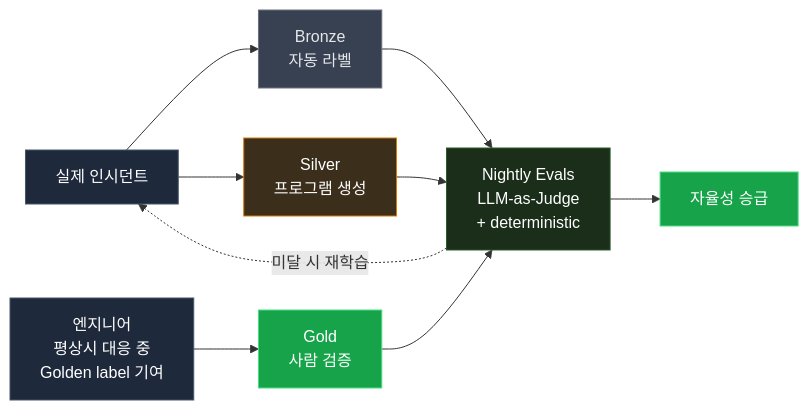
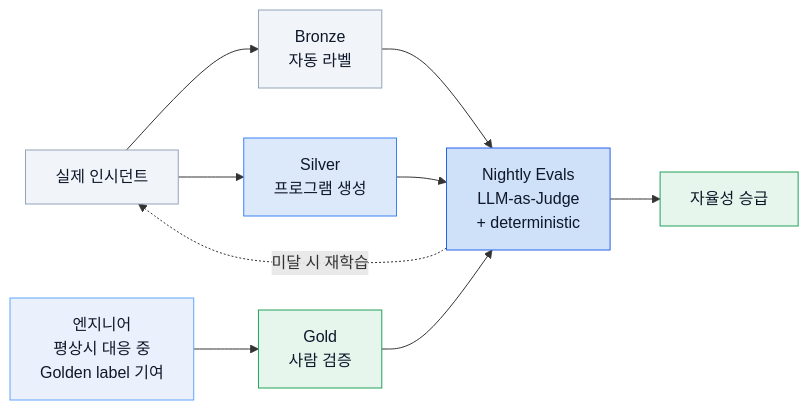
Before and after one commit to kimduksoo/duksoo-tech-blog: the second of 3 diagrams in content/ai/sre-ai-reliable-operations.md, drawn with Mermaid. The commit also changed other lines of this file, not shown here.

First line of the commit message:
fix: SRE 글 mermaid 색상 light 팔레트로 통일 + 볼드 렌더 수정

````diff
--- a/content/ai/sre-ai-reliable-operations.md
+++ b/content/ai/sre-ai-reliable-operations.md
@@ -73,19 +73,19 @@
 ```mermaid
 flowchart LR
     INC["실제 인시던트"] --> B["Bronze<br/>자동 라벨"]
     INC --> S["Silver<br/>프로그램 생성"]
     HUMAN["엔지니어<br/>평상시 대응 중<br/>Golden label 기여"] --> G["Gold<br/>사람 검증"]
     B --> EVAL
     S --> EVAL
     G --> EVAL["Nightly Evals<br/>LLM-as-Judge<br/>+ deterministic"]
     EVAL --> UP["자율성 승급"]
     EVAL -. "미달 시 재학습" .-> INC
 
-    style INC fill:#1e293b,stroke:#475569,color:#fff
-    style HUMAN fill:#1e293b,stroke:#475569,color:#fff
-    style B fill:#374151,stroke:#6b7280,color:#e5e7eb
-    style S fill:#3b2f1c,stroke:#d97706,color:#fff
-    style G fill:#16a34a,stroke:#4ade80,color:#fff
-    style EVAL fill:#1a2e1a,stroke:#2d5a2d,color:#fff
-    style UP fill:#16a34a,stroke:#4ade80,color:#fff
+    style INC fill:#f1f5f9,stroke:#94a3b8,color:#0f172a
+    style HUMAN fill:#eaf1fc,stroke:#60a5fa,color:#0f172a
+    style B fill:#f1f5f9,stroke:#94a3b8,color:#0f172a
+    style S fill:#dce9fb,stroke:#3b82f6,color:#0f172a
+    style G fill:#e7f6ec,stroke:#22a15d,color:#0f172a
+    style EVAL fill:#cfe0f9,stroke:#2563eb,color:#0f172a
+    style UP fill:#e7f6ec,stroke:#22a15d,color:#0f172a
 ```
````
